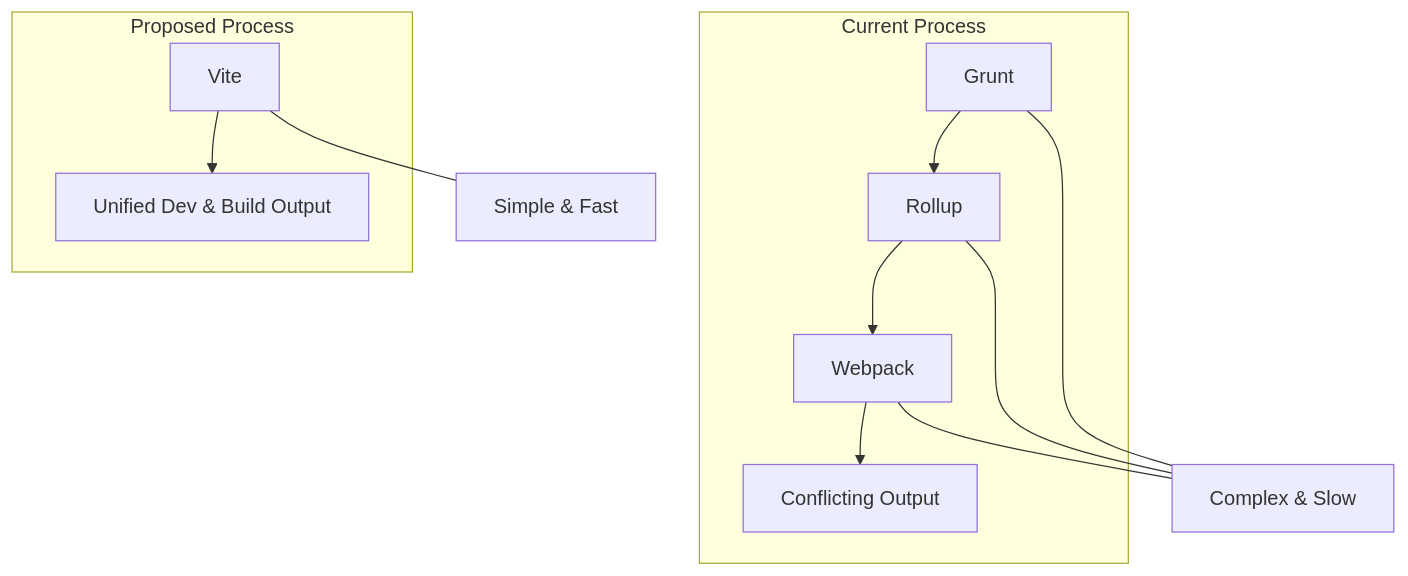
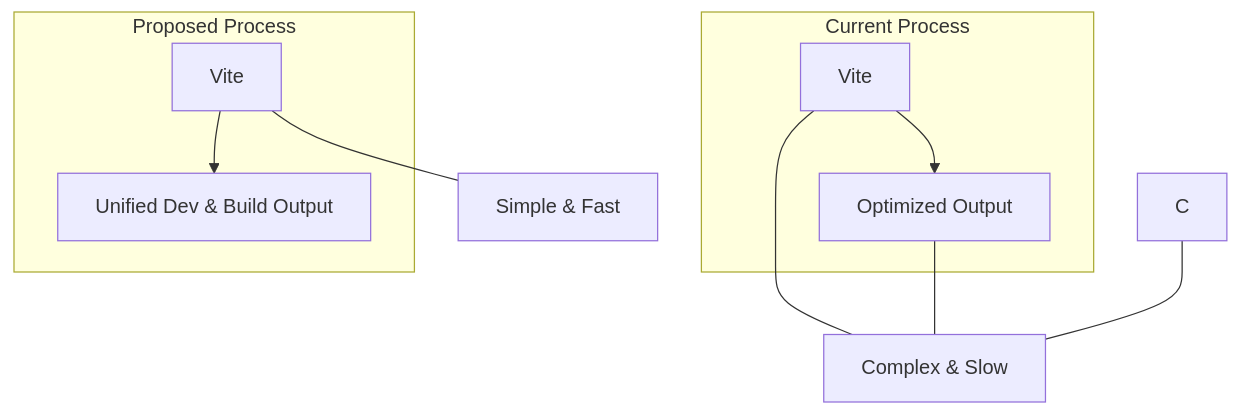
The diagram in memory-bank/migrate_to_vite.md (testudoq-org/sfia_pd_tool), drawn with Mermaid before and after one commit. The commit also changed other lines of this file and 22 other files, not shown here.

````diff
--- a/memory-bank/migrate_to_vite.md
+++ b/memory-bank/migrate_to_vite.md
@@ -9,13 +11,13 @@
 ```mermaid
 graph TD
     subgraph Current Process
-        A[Grunt] --> B[Rollup] --> C[Webpack] --> D[Conflicting Output];
+        A[Vite] --> B[Optimized Output];
     end
-    
+
     subgraph Proposed Process
         E[Vite] --> F[Unified Dev & Build Output];
     end
 
     A & B & C --- X[Complex & Slow];
     E --- Y[Simple & Fast];
 ```
````
